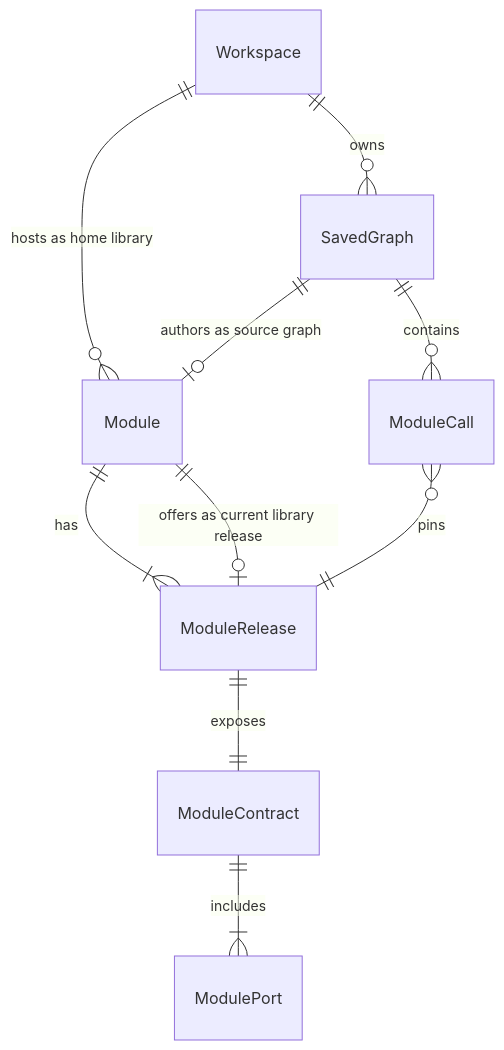
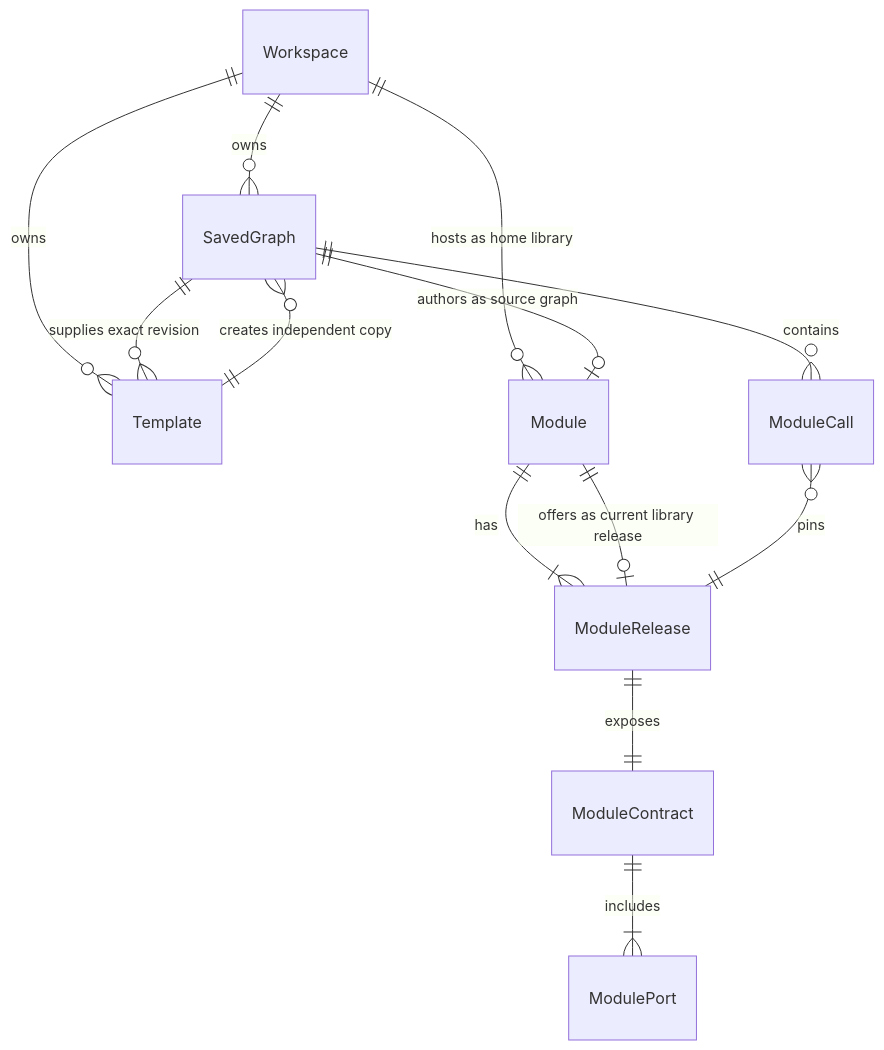
One commit to artpods56/KUL_IDUB_EcclesialSchematisms changed the first of 4 diagrams in docs/design/modules-conceptual-model.md. Above: the diagram before and after it, drawn with Mermaid. The commit also changed other lines of this file and 38 other files, not shown here.

Commit message:
feat: add copy-based graph templates

````diff
--- a/docs/design/modules-conceptual-model.md
+++ b/docs/design/modules-conceptual-model.md
@@ -203,12 +250,15 @@
 ```mermaid
 erDiagram
   Workspace ||--o{ SavedGraph : owns
+  Workspace ||--o{ Template : owns
   Workspace ||--o{ Module : "hosts as home library"
+  SavedGraph ||--o{ Template : "supplies exact revision"
+  Template ||--o{ SavedGraph : "creates independent copy"
   SavedGraph ||--o| Module : "authors as source graph"
   Module ||--|{ ModuleRelease : has
   Module ||--o| ModuleRelease : "offers as current library release"
   ModuleRelease ||--|| ModuleContract : exposes
   ModuleContract ||--|{ ModulePort : includes
   SavedGraph ||--o{ ModuleCall : contains
   ModuleCall }o--|| ModuleRelease : pins
 ```
````
